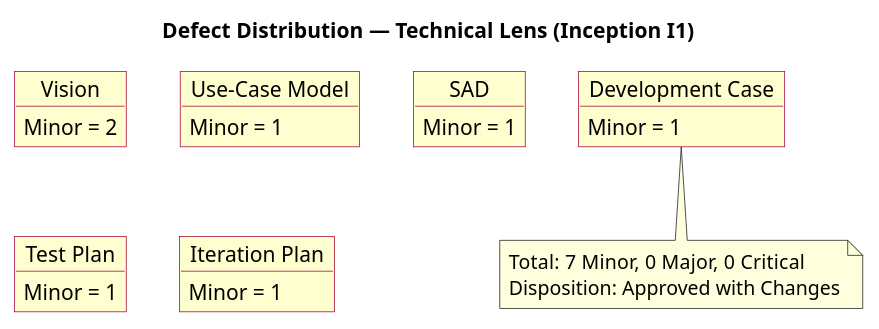
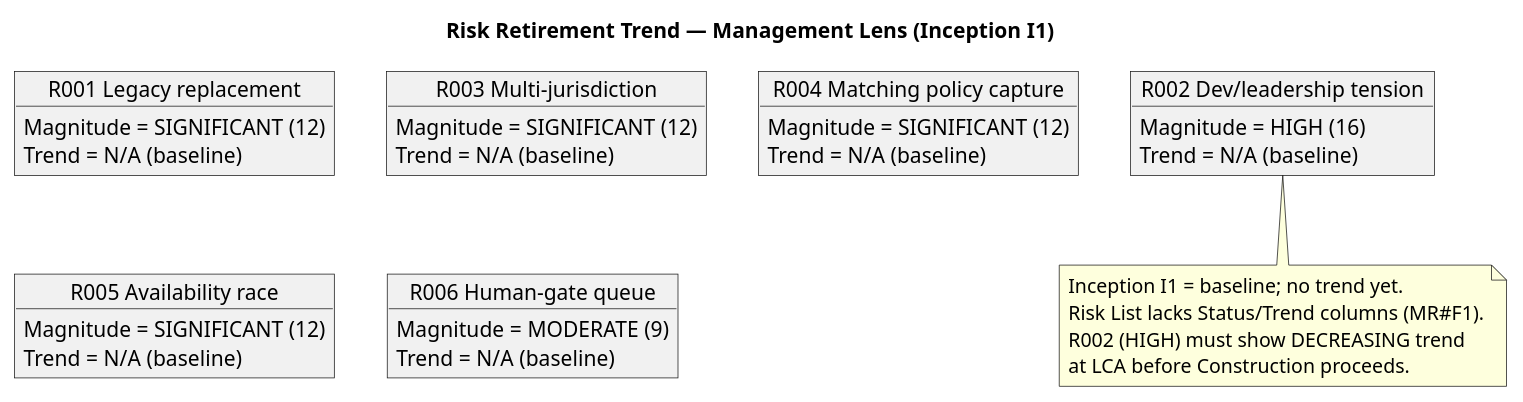
One commit to banense-test/trademe changed the third of 3 diagrams in docs/artifacts/project-management/review-record.md. Above: the diagram before and after it, drawn with PlantUML. The commit also changed other lines of this file, not shown here.

First line of the commit message:
Management Reviewer [I1]: upsert Review Record

````diff
--- a/docs/artifacts/project-management/review-record.md
+++ b/docs/artifacts/project-management/review-record.md
@@ -112,38 +97,37 @@
 ```plantuml
 @startuml
-skinparam object {
-  BackgroundColor #FEFECE
-  BorderColor #A80036
+title Risk Retirement Trend — Management Lens (Inception I1)
+
+object "R001 Legacy replacement" as R1 {
+  Magnitude = SIGNIFICANT (12)
+  Trend = N/A (baseline)
 }
-title Defect Distribution — Technical Lens (Inception I1)
-
-object "Development Case" as DC {
-  Minor = 1
+object "R002 Dev/leadership tension" as R2 {
+  Magnitude = HIGH (16)
+  Trend = N/A (baseline)
+}
+object "R003 Multi-jurisdiction" as R3 {
+  Magnitude = SIGNIFICANT (12)
+  Trend = N/A (baseline)
+}
+object "R004 Matching policy capture" as R4 {
+  Magnitude = SIGNIFICANT (12)
+  Trend = N/A (baseline)
+}
+object "R005 Availability race" as R5 {
+  Magnitude = SIGNIFICANT (12)
+  Trend = N/A (baseline)
+}
+object "R006 Human-gate queue" as R6 {
+  Magnitude = MODERATE (9)
+  Trend = N/A (baseline)
 }
 
-object "Vision" as V {
-  Minor = 2
-}
-
-object "Use-Case Model" as UCM {
-  Minor = 1
-}
-
-object "SAD" as SAD {
-  Minor = 1
-}
-
-object "Test Plan" as TP {
-  Minor = 1
-}
-
-object "Iteration Plan" as IP {
-  Minor = 1
-}
-
-note bottom of DC
-  Total: 7 Minor, 0 Major, 0 Critical
-  Disposition: Approved with Changes
+note bottom of R2
+  Inception I1 = baseline; no trend yet.
+  Risk List lacks Status/Trend columns (MR#F1).
+  R002 (HIGH) must show DECREASING trend
+  at LCA before Construction proceeds.
 end note
 @enduml
 ```
````
